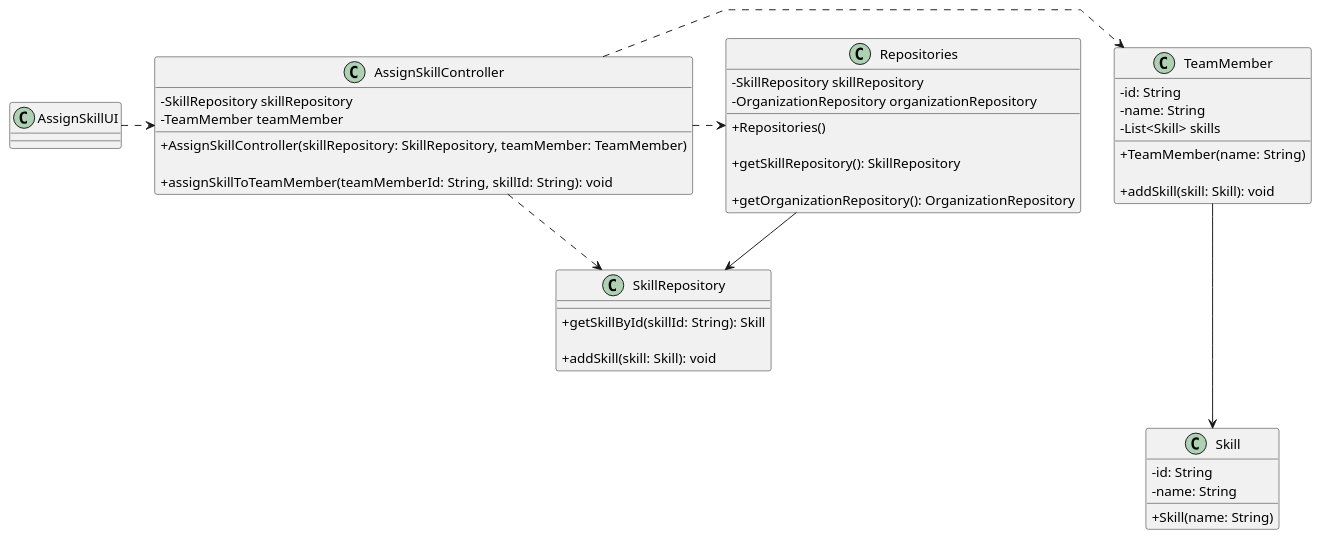
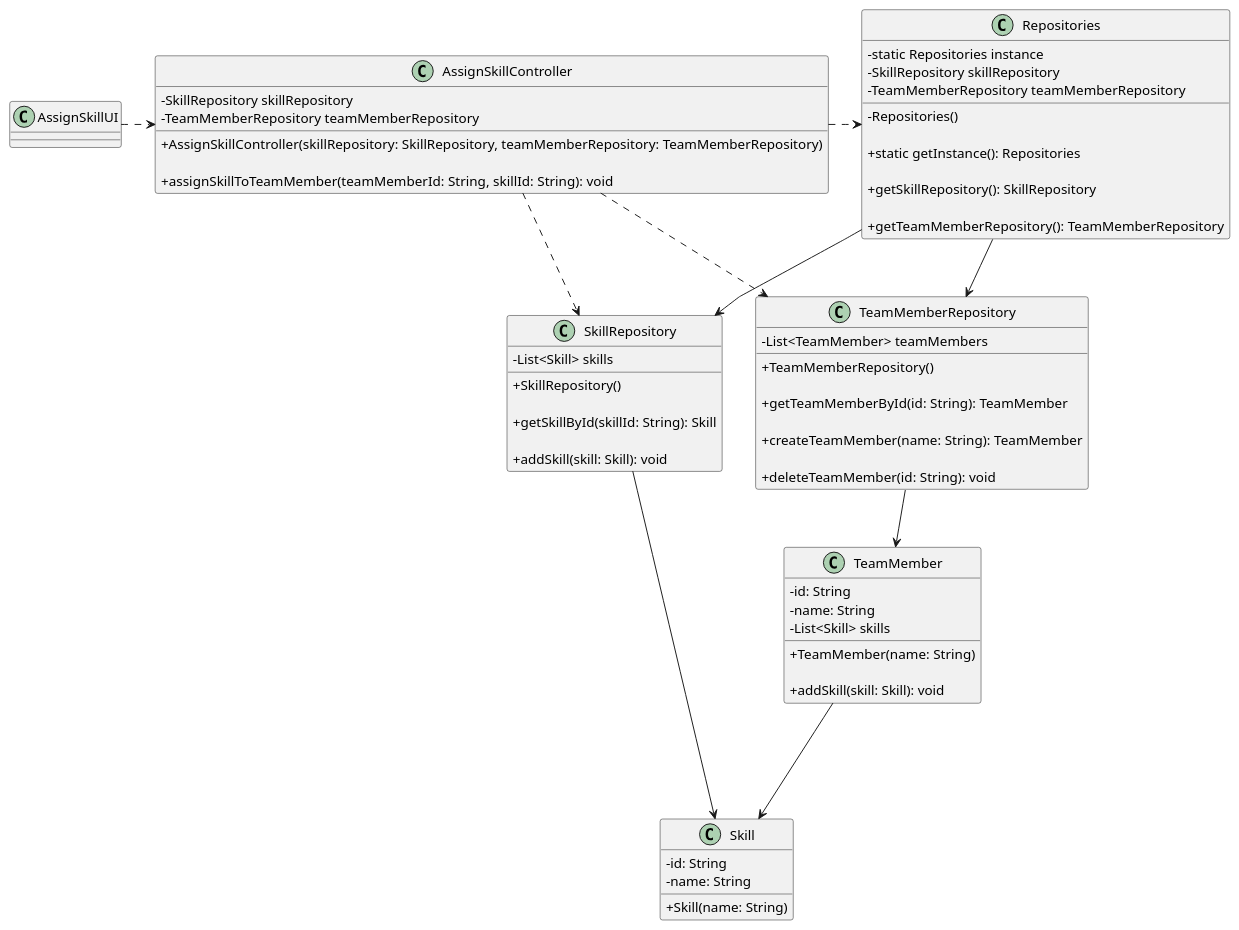
Before and after one commit to Mendoncaa/LAPR2: the diagram in docs/sprintB/us004/03.design/puml/us004-class-diagram.puml, drawn with PlantUML. The commit also changed 14 other files, not shown here.

Commit message:
Update class diagram and sequence diagram (US001 and US004), TeamMemberRepository creation

```diff
--- a/docs/sprintB/us004/03.design/puml/us004-class-diagram.puml
+++ b/docs/sprintB/us004/03.design/puml/us004-class-diagram.puml
@@ -1,80 +1,105 @@
 @startuml
 'skinparam monochrome true
 skinparam packageStyle rectangle
 skinparam shadowing false
 skinparam linetype polyline
 'skinparam linetype orto
 
 skinparam classAttributeIconSize 0
 
 'left to right direction
 
 class AssignSkillUI {
 }
 
 class AssignSkillController {
     - SkillRepository skillRepository
-    - TeamMember teamMember
+    - TeamMemberRepository teamMemberRepository
 
-    'Construtor para inicializar o controlador com o SkillRepository e TeamMember
-    + AssignSkillController(skillRepository: SkillRepository, teamMember: TeamMember)
+    'Construtor para inicializar o controlador com o SkillRepository e TeamMemberRepository'
+    + AssignSkillController(skillRepository: SkillRepository, teamMemberRepository: TeamMemberRepository)
 
-    'Método para atribuir skills a um membro da equipe
+    'Método para atribuir skills a um membro da equipe'
     + assignSkillToTeamMember(teamMemberId: String, skillId: String): void
 }
 
 class Repositories {
+    - static Repositories instance
     - SkillRepository skillRepository
-    - OrganizationRepository organizationRepository
+    - TeamMemberRepository teamMemberRepository
 
-    'Construtor para inicializar os repositórios
-    + Repositories()
+    'Construtor privado para implementar o padrão Singleton'
+    - Repositories()
 
-    'Método para obter o repositório das skills
+    'Método para obter a instância Singleton de Repositories'
+    + static getInstance(): Repositories
+
+    'Método para obter o repositório das skills'
     + getSkillRepository(): SkillRepository
 
-    'Método para obter o repositório da organização
-    + getOrganizationRepository(): OrganizationRepository
-
-
+    'Método para obter o repositório dos membros da equipe'
+    + getTeamMemberRepository(): TeamMemberRepository
 }
 
 class SkillRepository {
-    'Retorna uma skill com base no seu ID
+    - List<Skill> skills
+
+    'Construtor para inicializar o repositório de skills'
+    + SkillRepository()
+
+    'Retorna uma skill com base no seu ID'
     + getSkillById(skillId: String): Skill
 
-    'Adiciona uma nova skill ao repositório
+    'Adiciona uma nova skill ao repositório'
     + addSkill(skill: Skill): void
 }
 
- class TeamMember {
-     - id: String
-     - name: String
-     - List<Skill> skills
+class TeamMemberRepository {
+    - List<TeamMember> teamMembers
 
-     'Construtor para criar um novo membro da equipe
-     + TeamMember(name: String)
+    'Construtor para inicializar o repositório de membros da equipe'
+    + TeamMemberRepository()
 
-     'Método para adicionar uma skill a um membro da equipe
-     + addSkill(skill: Skill): void
+    'Retorna um membro da equipe com base no seu ID'
+    + getTeamMemberById(id: String): TeamMember
 
- }
+    'Cria um novo membro da equipe e o adiciona ao repositório'
+    + createTeamMember(name: String): TeamMember
 
- class Skill {
+    'Remove um membro da equipe do repositório'
+    + deleteTeamMember(id: String): void
+}
+
+class TeamMember {
+    - id: String
+    - name: String
+    - List<Skill> skills
+
+    'Construtor para criar um novo membro da equipe'
+    + TeamMember(name: String)
+
+    'Método para adicionar uma skill a um membro da equipe'
+    + addSkill(skill: Skill): void
+}
+
+class Skill {
     - id: String
     - name: String
 
-    'Construtor para criar uma nova skill
+    'Construtor para criar uma nova skill'
     + Skill(name: String)
-  }
+}
 
 AssignSkillUI .> AssignSkillController
 AssignSkillController .> Repositories
 AssignSkillController .> SkillRepository
-AssignSkillController .> TeamMember
+AssignSkillController .> TeamMemberRepository
 Repositories --> SkillRepository
+Repositories --> TeamMemberRepository
+SkillRepository --> Skill
+TeamMemberRepository --> TeamMember
 TeamMember ---> Skill
 
 
 
 @enduml
```
